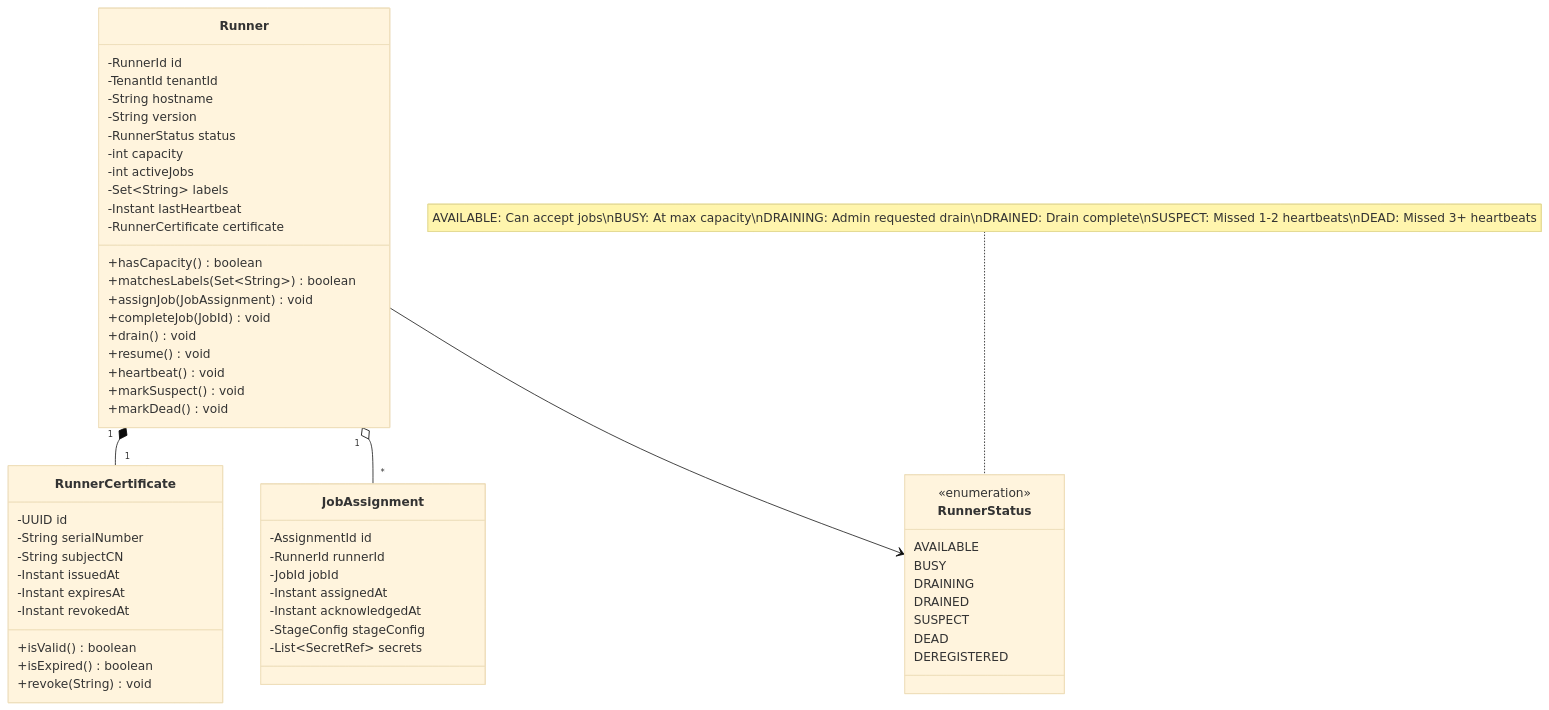
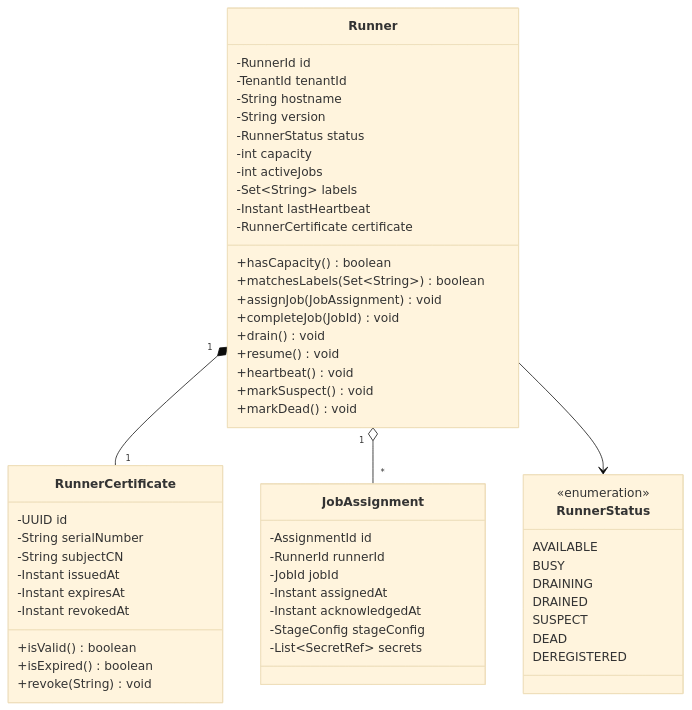
One commit to Abhishekkumar2021/Pravah changed the fourth of 8 diagrams in docs/lld/05-class-diagrams.md. Above: the diagram before and after it, drawn with Mermaid (base theme). The commit also changed 4 other files, not shown here.

First line of the commit message:
docs: rewrite README with Mermaid diagrams and fix LLD documentation

````diff
--- a/docs/lld/05-class-diagrams.md
+++ b/docs/lld/05-class-diagrams.md
@@ -473,63 +473,62 @@
 ```mermaid
 classDiagram
     class Runner {
         -RunnerId id
         -TenantId tenantId
         -String hostname
         -String version
         -RunnerStatus status
         -int capacity
         -int activeJobs
         -Set~String~ labels
         -Instant lastHeartbeat
         -RunnerCertificate certificate
         +hasCapacity() boolean
         +matchesLabels(Set~String~) boolean
         +assignJob(JobAssignment) void
         +completeJob(JobId) void
         +drain() void
         +resume() void
         +heartbeat() void
         +markSuspect() void
         +markDead() void
     }
     
     class JobAssignment {
         -AssignmentId id
         -RunnerId runnerId
         -JobId jobId
         -Instant assignedAt
         -Instant acknowledgedAt
         -StageConfig stageConfig
         -List~SecretRef~ secrets
     }
     
     class RunnerCertificate {
         -UUID id
         -String serialNumber
         -String subjectCN
         -Instant issuedAt
         -Instant expiresAt
         -Instant revokedAt
         +isValid() boolean
         +isExpired() boolean
         +revoke(String) void
     }
     
     class RunnerStatus {
         <<enumeration>>
         AVAILABLE
         BUSY
         DRAINING
         DRAINED
         SUSPECT
         DEAD
         DEREGISTERED
     }
     
     Runner "1" *-- "1" RunnerCertificate
     Runner "1" o-- "*" JobAssignment
     Runner --> RunnerStatus
     
-    note for RunnerStatus "AVAILABLE: Can accept jobs\nBUSY: At max capacity\nDRAINING: Admin requested drain\nDRAINED: Drain complete\nSUSPECT: Missed 1-2 heartbeats\nDEAD: Missed 3+ heartbeats"
 ```
````
